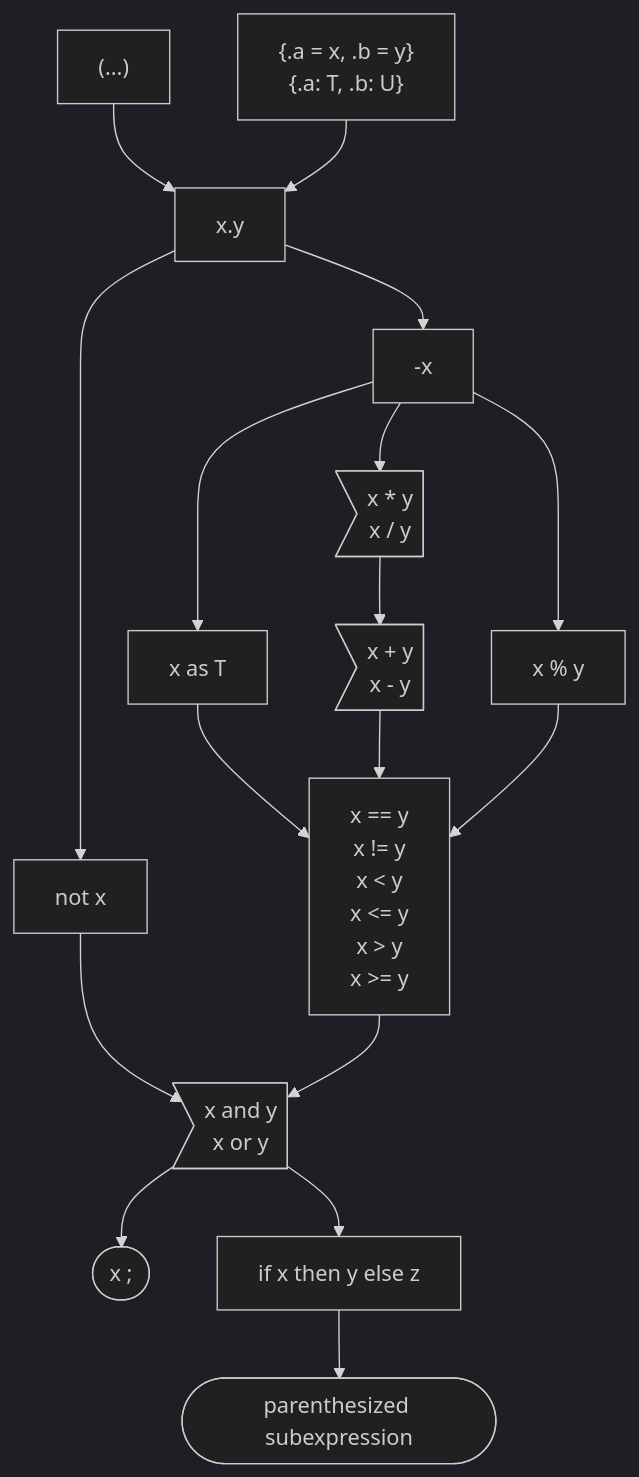
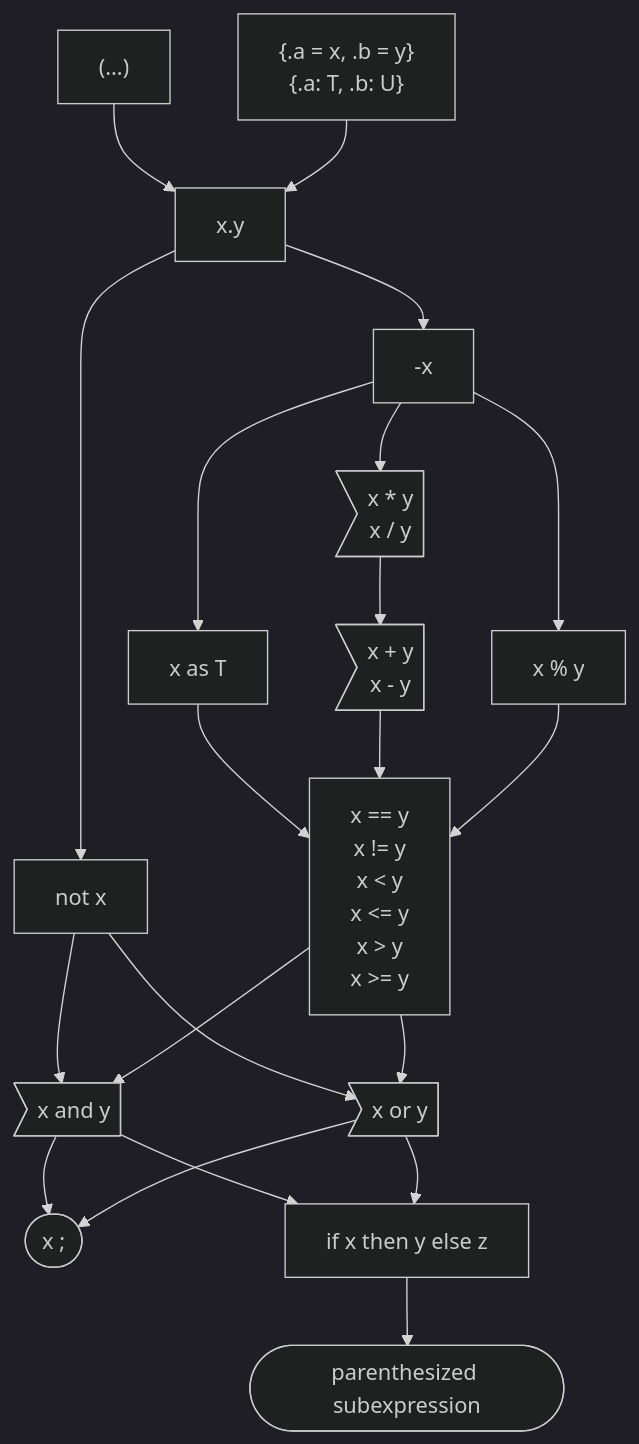
Before and after one commit to carbon-language/carbon-lang: the first of 2 diagrams in docs/design/expressions/README.md, drawn with Mermaid (dark theme).

Commit message:
Split `and` and `or` into separate precedence groups, each of which is left-associative.

````diff
--- a/docs/design/expressions/README.md
+++ b/docs/design/expressions/README.md
@@ -72,17 +72,18 @@
 ```mermaid
 graph TD
     parens["(...)"] --> postfix
     struct_literal["{.a = x, .b = y}<br> {.a: T, .b: U}"] --> postfix
     postfix["x.y"] --> not & negation
     negation["-x"] --> multiplicative & modulo & as
     as["x as T"] --> comparison
-    not["not x"] --> and_or
+    not["not x"] --> and & or
     multiplicative>"x * y<br> x / y"] --> additive
     additive>"x + y<br> x - y"] --> comparison
     modulo["x % y"] --> comparison
-    comparison["x == y<br> x != y<br> x < y<br> x <= y<br> x > y<br> x >= y"] --> and_or
-    and_or>"x and y<br> x or y"] --> expression_statement & if_else
+    comparison["x == y<br> x != y<br> x < y<br> x <= y<br> x > y<br> x >= y"] --> and & or
+    and>"x and y"] --> expression_statement & if_else
+    or>"x or y"] --> expression_statement & if_else
     expression_statement(["x ;"])
     if_else["if x then y else z"] --> subexpression
     subexpression(["parenthesized subexpression"])
 ```
````
